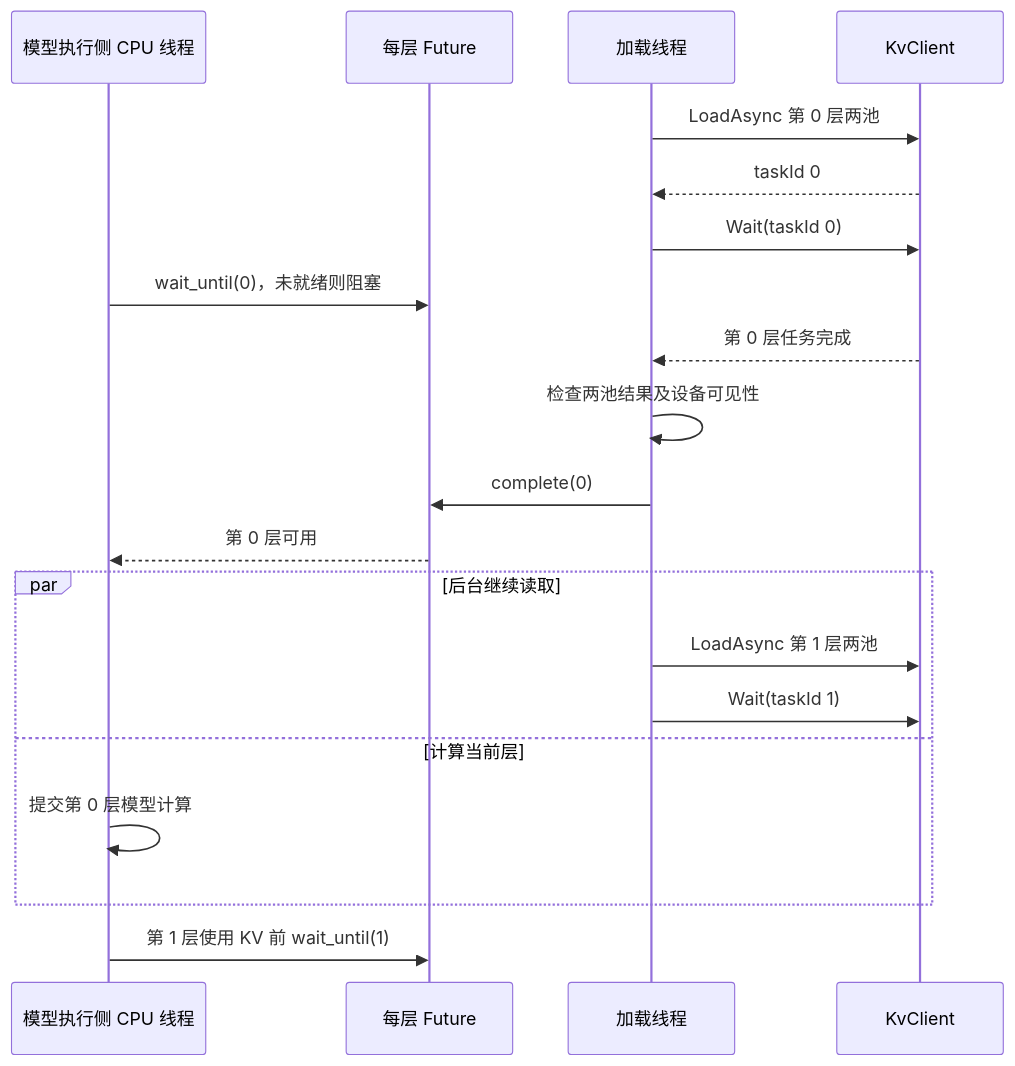
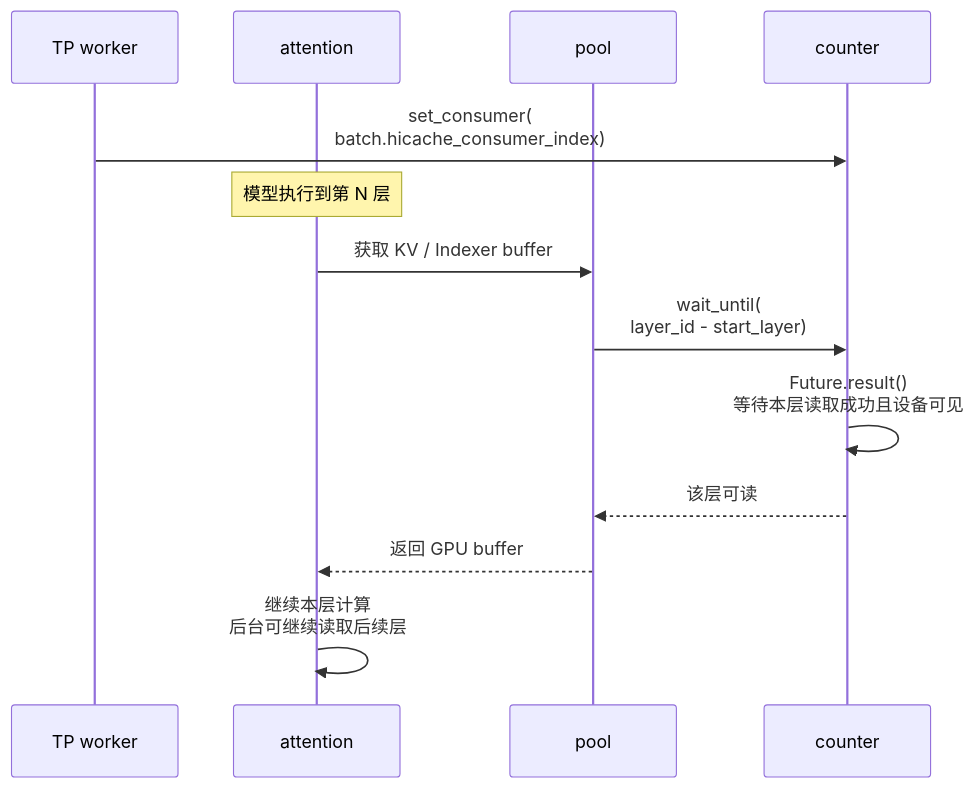
Diagram 20 of 27 in kv_client_linker_backend_design.md (yuanzhg078/sglang), drawn with Mermaid before and after one commit. The commit also changed other lines of this file and 1 other file, not shown here.

````diff
--- a/kv_client_linker_backend_design.md
+++ b/kv_client_linker_backend_design.md
@@ -696,22 +1066,15 @@
 ```mermaid
 sequenceDiagram
-    participant M as 模型执行侧 CPU 线程
-    participant F as 每层 Future
-    participant L as 加载线程
-    participant K as KvClient
-    L->>K: LoadAsync 第 0 层两池
-    K-->>L: taskId 0
-    L->>K: Wait(taskId 0)
-    M->>F: wait_until(0)，未就绪则阻塞
-    K-->>L: 第 0 层任务完成
-    L->>L: 检查两池结果及设备可见性
-    L->>F: complete(0)
-    F-->>M: 第 0 层可用
-    par 后台继续读取
-        L->>K: LoadAsync 第 1 层两池
-        L->>K: Wait(taskId 1)
-    and 计算当前层
-        M->>M: 提交第 0 层模型计算
-    end
-    M->>F: 第 1 层使用 KV 前 wait_until(1)
+    participant T as TP worker
+    participant M as attention
+    participant P as pool
+    participant K as counter
+    T->>K: set_consumer(<br/>batch.hicache_consumer_index)
+    Note over M: 模型执行到第 N 层
+    M->>P: 获取 KV / Indexer buffer
+    P->>K: wait_until(<br/>layer_id - start_layer)
+    K->>K: Future.result()<br/>等待本层读取成功且设备可见
+    K-->>P: 该层可读
+    P-->>M: 返回 GPU buffer
+    M->>M: 继续本层计算<br/>后台可继续读取后续层
 ```
````
